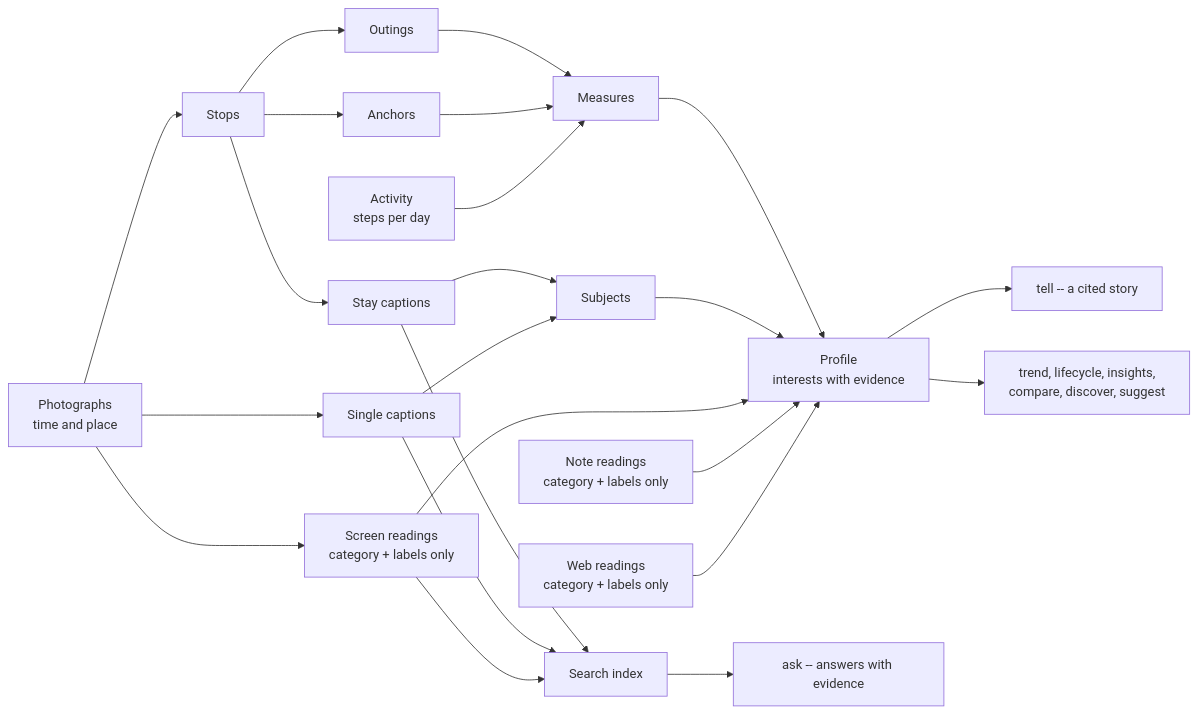
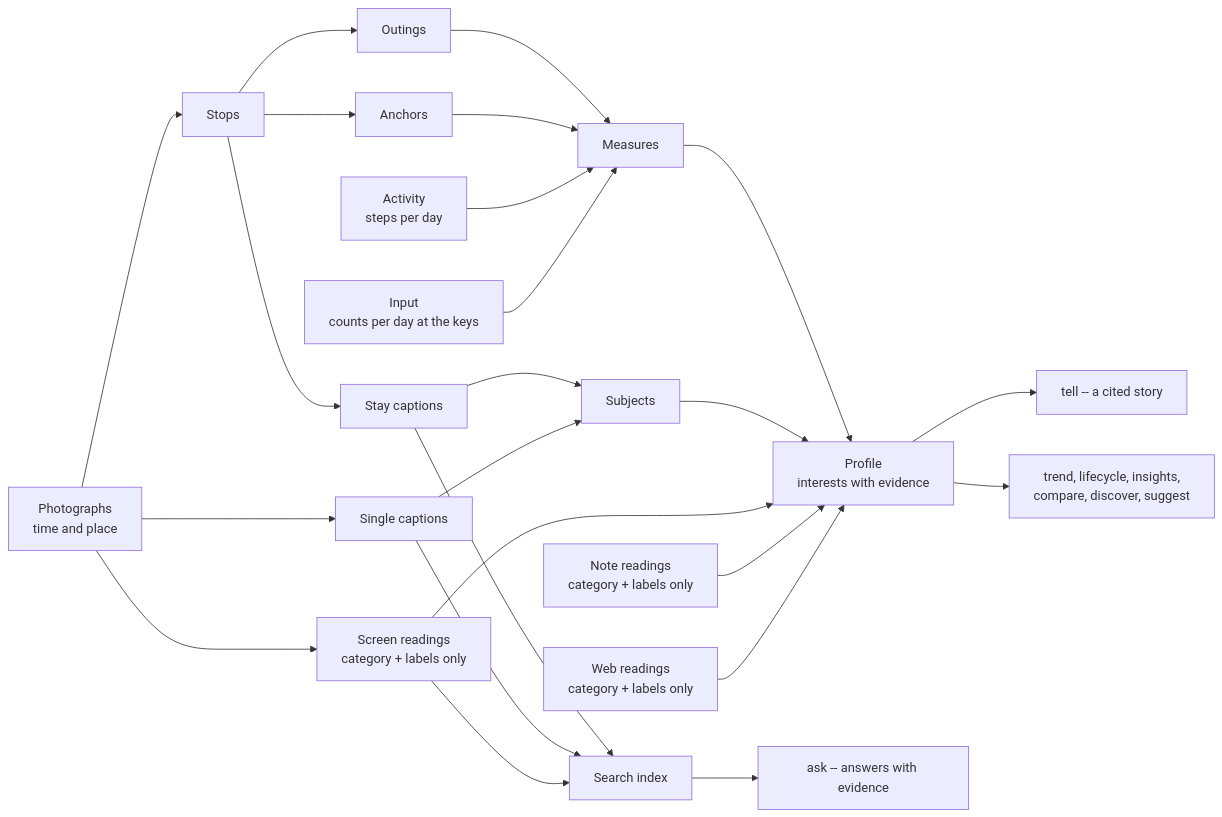
Before and after one commit to Nananananana/kiseki: the second of 4 diagrams in README.md, drawn with Mermaid. The commit also changed other lines of this file and 23 other files, not shown here.

````diff
--- a/README.md
+++ b/README.md
@@ -231,25 +233,26 @@
 ```mermaid
 flowchart LR
     P["Photographs<br/>time and place"] --> S["Stops"]
     S --> O["Outings"]
     S --> AN["Anchors"]
     O --> M["Measures"]
     AN --> M
     S --> CA["Stay captions"]
     P --> SI["Single captions"]
     P --> SC["Screen readings<br/>category + labels only"]
     CA --> SU["Subjects"]
     SI --> SU
     M --> PR["Profile<br/>interests with evidence"]
     SU --> PR
     SC --> PR
     AD["Activity<br/>steps per day"] --> M
+    IN["Input<br/>counts per day at the keys"] --> M
     NR["Note readings<br/>category + labels only"] --> PR
     WR["Web readings<br/>category + labels only"] --> PR
     PR --> TL["tell -- a cited story"]
     PR --> IT["trend, lifecycle, insights,<br/>compare, discover, suggest"]
     CA --> IX["Search index"]
     SI --> IX
     SC --> IX
     IX --> AS["ask -- answers with evidence"]
 ```
````
